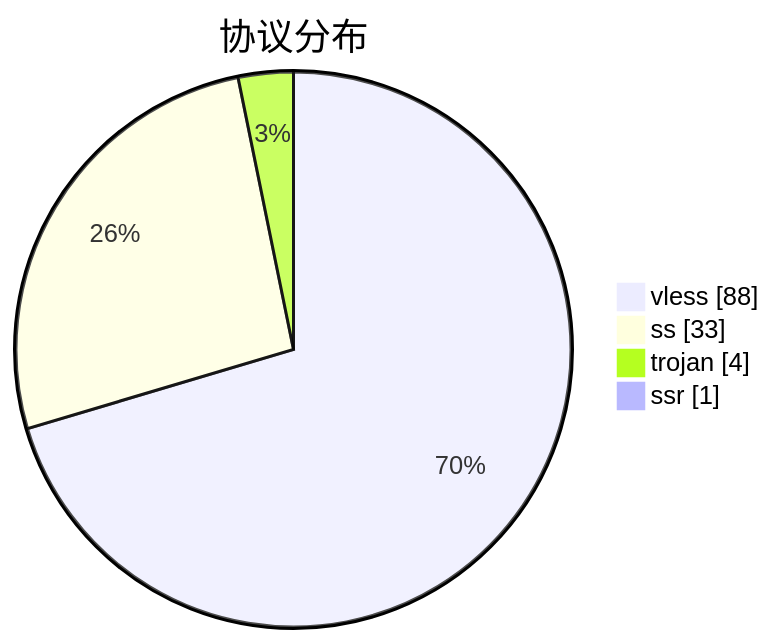
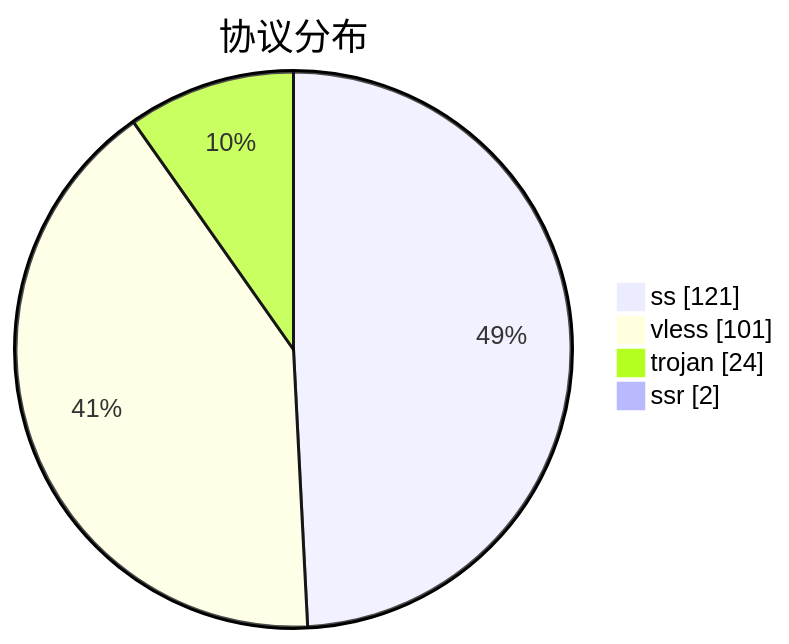
The third of 3 diagrams in subs/statistics/tested_within.md (qjlxg/airport), drawn with Mermaid before and after one commit. The commit also changed other lines of this file and 2 other files, not shown here.

````diff
--- a/subs/statistics/tested_within.md
+++ b/subs/statistics/tested_within.md
@@ -29,8 +30,8 @@
 ```mermaid
 pie showData
 title 协议分布
-"vless" : 88
-"ss" : 33
-"trojan" : 4
-"ssr" : 1
+"ss" : 121
+"vless" : 101
+"trojan" : 24
+"ssr" : 2
 ```
````
